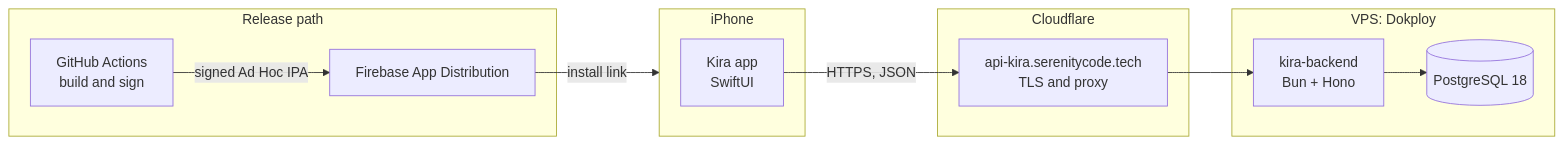
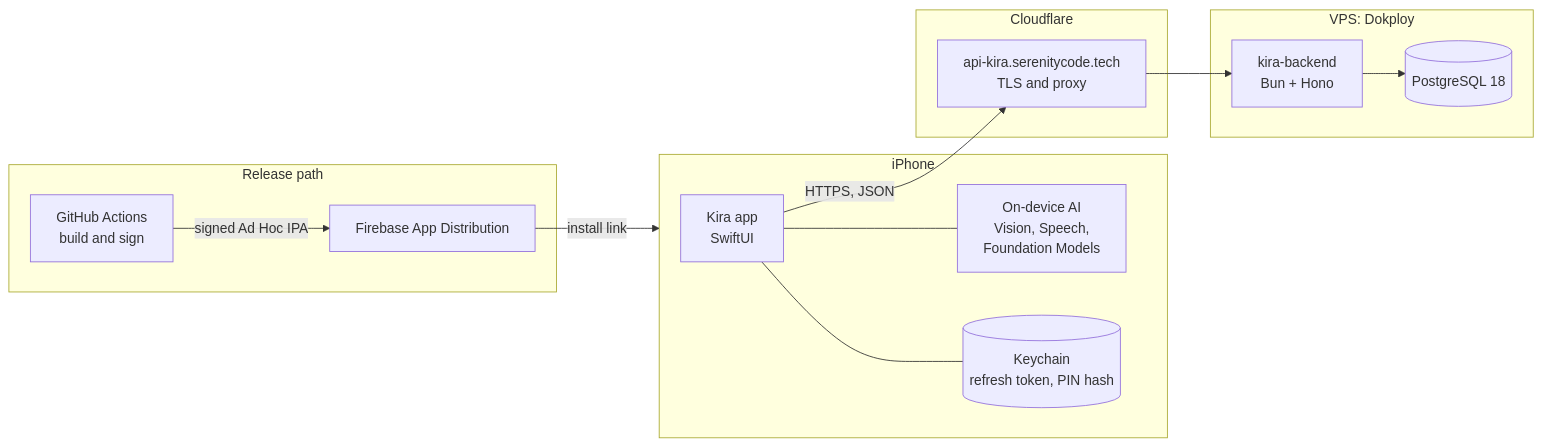
One commit to Kira-iOS-Project/kira-mobile-ios changed the first of 7 diagrams in README.md. Above: the diagram before and after it, drawn with Mermaid. The commit also changed other lines of this file and 2 other files, not shown here.

First line of the commit message:
docs: describe this round's app: areas, shell, session and lock, on-device AI

````diff
--- a/README.md
+++ b/README.md
@@ -68,20 +77,24 @@
 ```mermaid
 flowchart LR
   subgraph phone["iPhone"]
     app["Kira app<br/>SwiftUI"]
+    ai["On-device AI<br/>Vision, Speech,<br/>Foundation Models"]
+    kc[("Keychain<br/>refresh token, PIN hash")]
   end
   subgraph edge["Cloudflare"]
     cf["api-kira.serenitycode.tech<br/>TLS and proxy"]
   end
   subgraph server["VPS: Dokploy"]
     api["kira-backend<br/>Bun + Hono"]
     db[("PostgreSQL 18")]
   end
   subgraph release["Release path"]
     gha["GitHub Actions<br/>build and sign"]
     fad["Firebase App Distribution"]
   end
 
+  app --- ai
+  app --- kc
   app -- "HTTPS, JSON" --> cf --> api --> db
   gha -- "signed Ad Hoc IPA" --> fad -- "install link" --> phone
 ```
````
